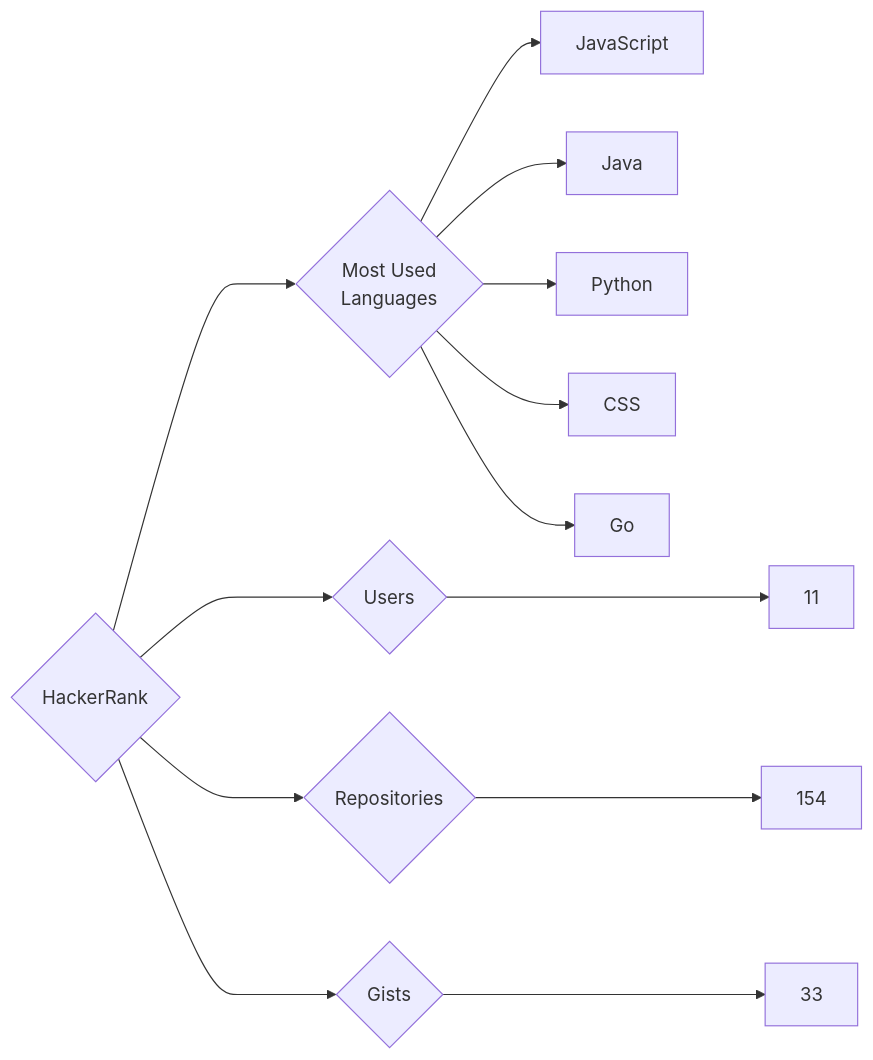
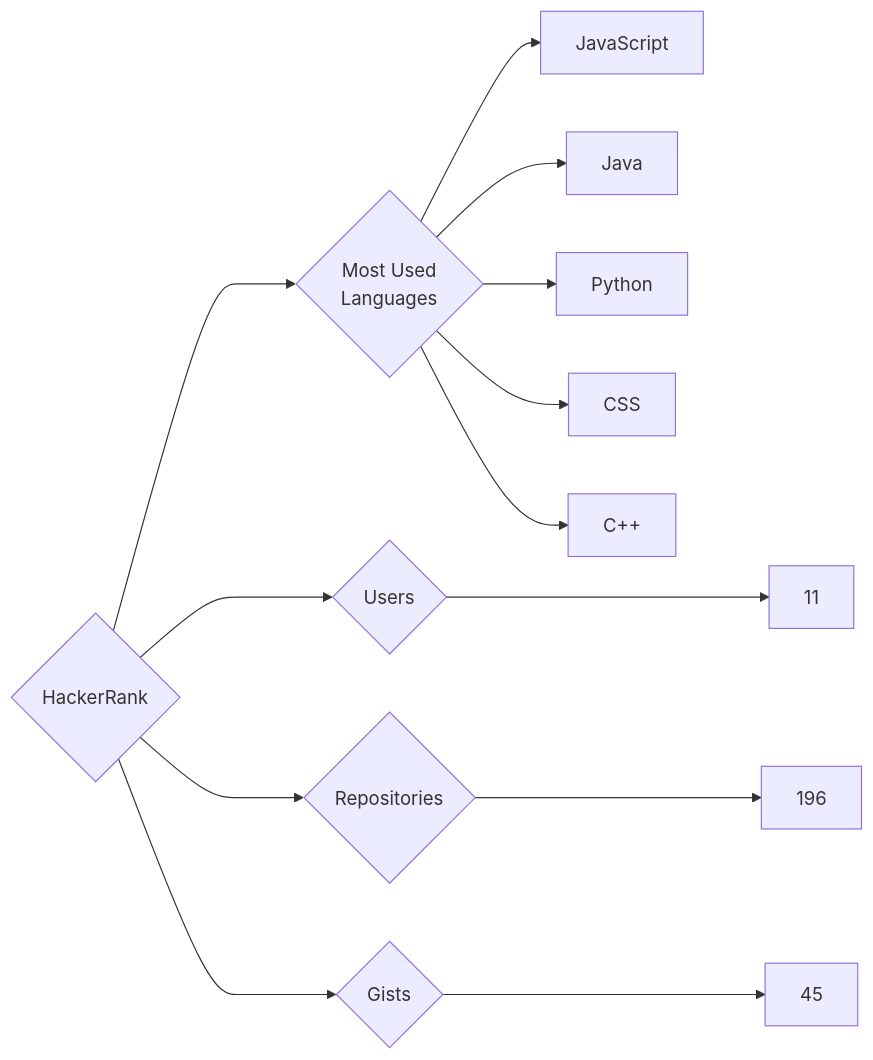
The diagram in targets/HackerRank/README.md (trickest/insiders), drawn with Mermaid before and after one commit. The commit also changed 1011 other files, not shown here.

````diff
--- a/targets/HackerRank/README.md
+++ b/targets/HackerRank/README.md
@@ -3,13 +3,13 @@
 ```mermaid
 graph LR
 COMPANY_NAME{HackerRank}
 COMPANY_NAME ---> U{Users} ---> UN[11]
-COMPANY_NAME ---> R{Repositories} ---> RN[154]
-COMPANY_NAME ---> G{Gists} ---> GN[33]
+COMPANY_NAME ---> R{Repositories} ---> RN[196]
+COMPANY_NAME ---> G{Gists} ---> GN[45]
 COMPANY_NAME ---> ML{Most Used<br>Languages}
 ML --> JavaScript[JavaScript]
 ML --> Java[Java]
 ML --> Python[Python]
 ML --> CSS[CSS]
-ML --> Go[Go]
+ML --> C++[C++]
 ```
````
